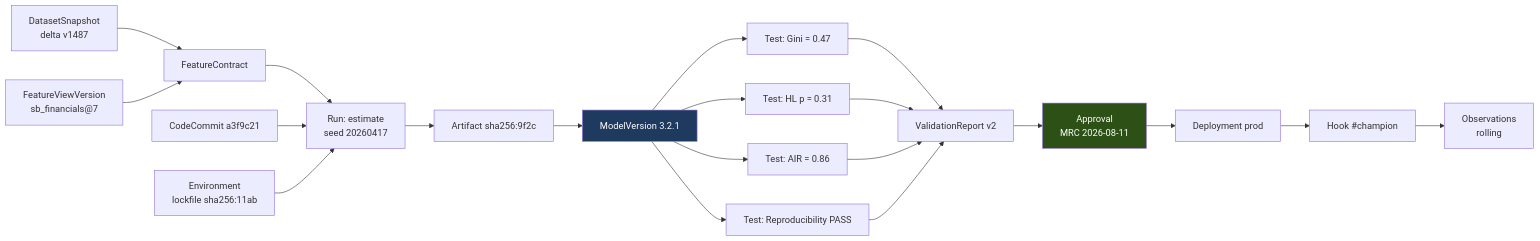
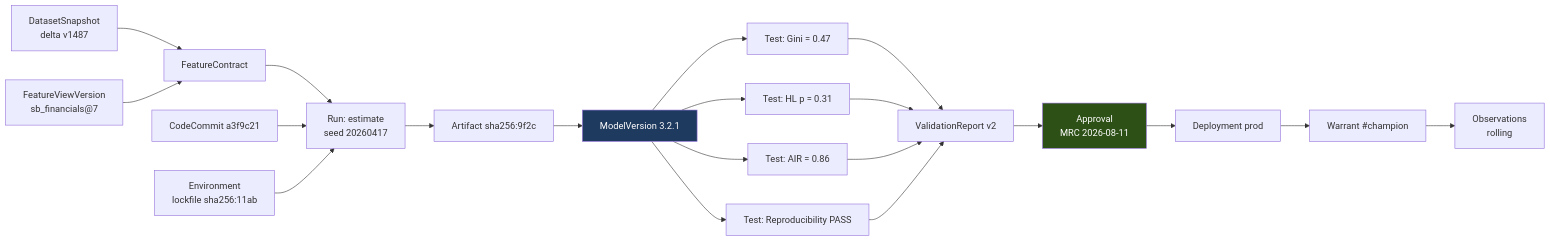
Before and after one commit to ajsinha/maya: the fifth of 11 diagrams in docs/04-architecture.md, drawn with Mermaid. The commit also changed other lines of this file and 50 other files, not shown here.

````diff
--- a/docs/04-architecture.md
+++ b/docs/04-architecture.md
@@ -608,22 +608,22 @@
 ```mermaid
 flowchart LR
     DS["DatasetSnapshot<br/>delta v1487"] --> FC["FeatureContract"]
     FV["FeatureViewVersion<br/>sb_financials@7"] --> FC
     FC --> RUN["Run: estimate<br/>seed 20260417"]
     CODE["CodeCommit a3f9c21"] --> RUN
     ENV["Environment<br/>lockfile sha256:11ab"] --> RUN
     RUN --> ART["Artifact sha256:9f2c"]
     ART --> VER["ModelVersion 3.2.1"]
     VER --> T1["Test: Gini = 0.47"]
     VER --> T2["Test: HL p = 0.31"]
     VER --> T3["Test: AIR = 0.86"]
     VER --> REP["Test: Reproducibility PASS"]
     T1 & T2 & T3 & REP --> VR["ValidationReport v2"]
     VR --> APPR["Approval<br/>MRC 2026-08-11"]
     APPR --> DEP["Deployment prod"]
-    DEP --> HOOK["Hook #champion"]
-    HOOK --> OBS["Observations<br/>rolling"]
+    DEP --> WARRANT["Warrant #champion"]
+    WARRANT --> OBS["Observations<br/>rolling"]
 
     style VER fill:#1f3a5f,color:#fff
     style APPR fill:#2d5016,color:#fff
 ```
````
